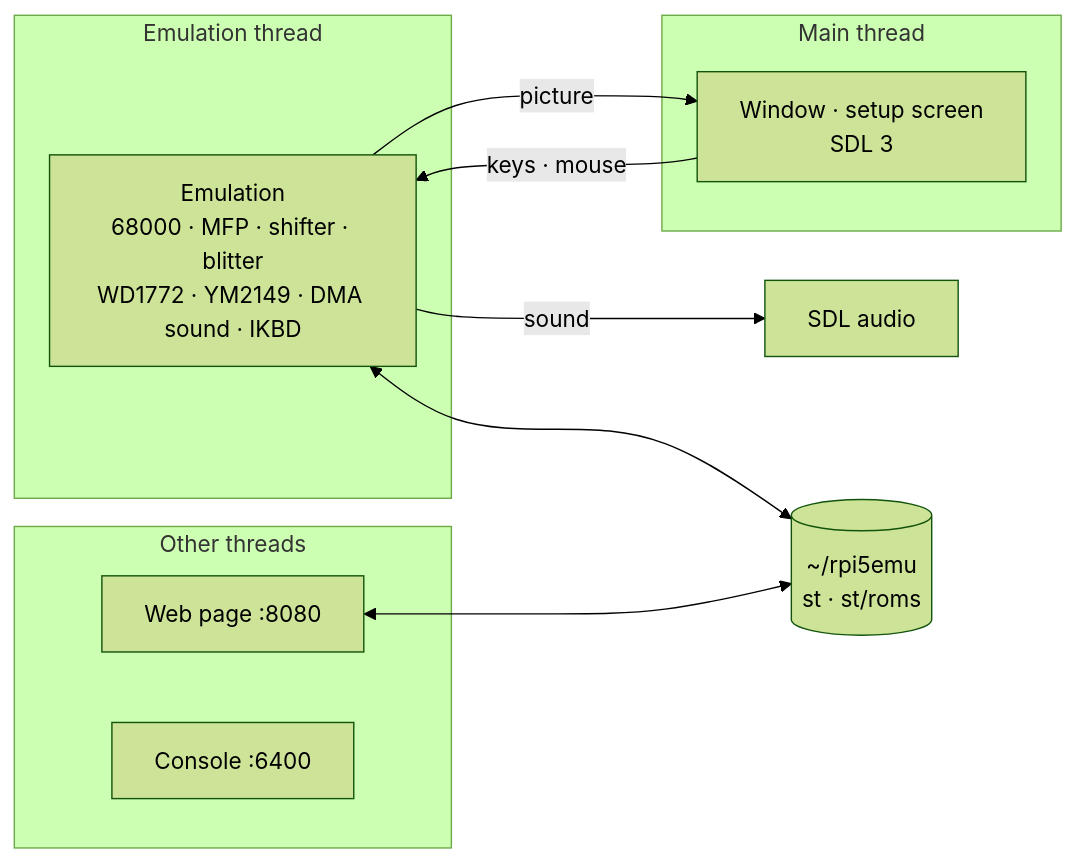
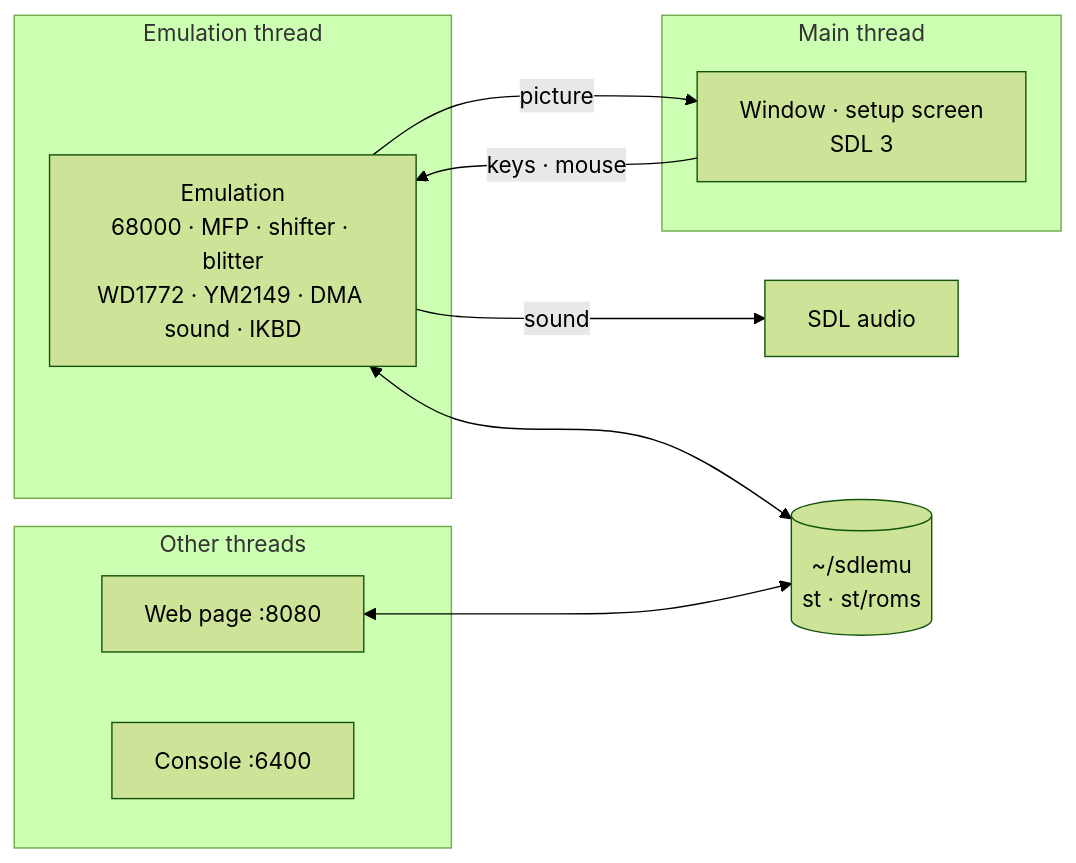
The diagram in README.md (rlucencic/rpi5ste), drawn with Mermaid (forest theme) before and after one commit. The commit also changed other lines of this file and 3 other files, not shown here.

````diff
--- a/README.md
+++ b/README.md
@@ -145,19 +142,19 @@
 ```mermaid
 flowchart LR
   subgraph emu [Emulation thread]
     EMU["Emulation<br>68000 · MFP · shifter · blitter<br>WD1772 · YM2149 · DMA sound · IKBD"]
   end
   subgraph main [Main thread]
     WIN["Window · setup screen<br>SDL 3"]
   end
   subgraph others [Other threads]
     WEB[Web page :8080]
     CON[Console :6400]
   end
   EMU -- picture --> WIN
   EMU -- sound --> SND[SDL audio]
   WIN -- keys · mouse --> EMU
-  DATA[("~/rpi5emu<br>st · st/roms")]
+  DATA[("~/sdlemu<br>st · st/roms")]
   EMU <--> DATA
   WEB <--> DATA
 ```
````
